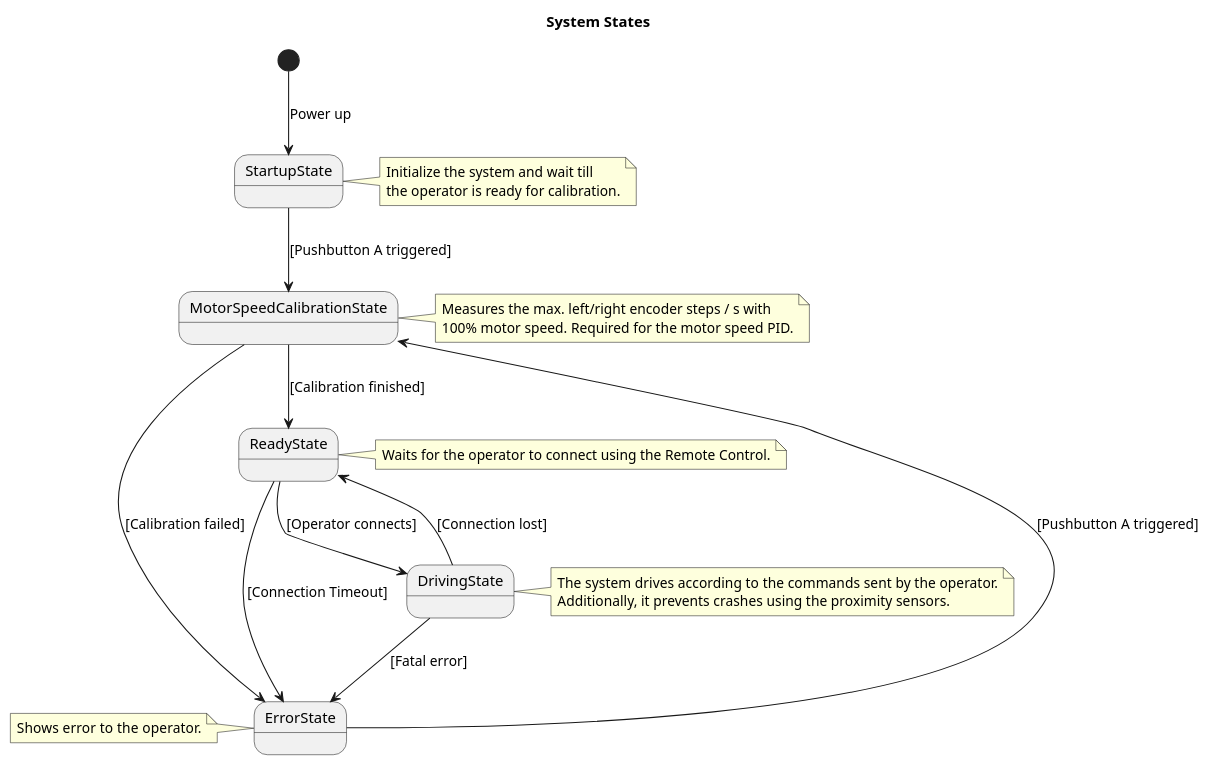
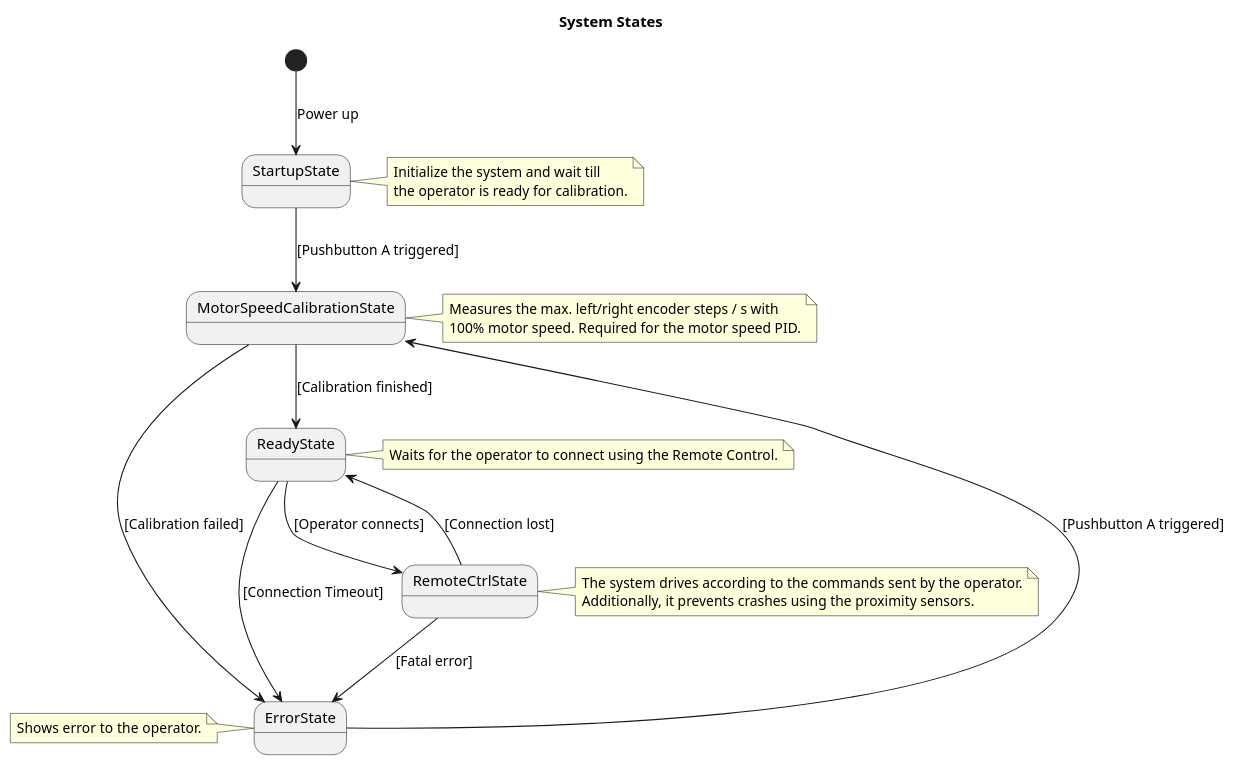
Before and after one commit to BlueAndi/RadonUlzer: the diagram in doc/architecture/uml/ProcessView/RemoteControl/SystemStates.plantuml, drawn with PlantUML. The commit also changed 5 other files, not shown here.

```diff
--- a/doc/architecture/uml/ProcessView/RemoteControl/SystemStates.plantuml
+++ b/doc/architecture/uml/ProcessView/RemoteControl/SystemStates.plantuml
@@ -1,44 +1,44 @@
 @startuml RemoteControl System States
 
 title System States
 
 state StartupState
 state MotorSpeedCalibrationState
 state ErrorState
-state DrivingState
+state RemoteCtrlState
 state ReadyState
 
 [*] --> StartupState: Power up
 StartupState --> MotorSpeedCalibrationState: [Pushbutton A triggered]
 MotorSpeedCalibrationState --> ReadyState: [Calibration finished]
 MotorSpeedCalibrationState --> ErrorState: [Calibration failed]
-ReadyState --> DrivingState: [Operator connects]
-DrivingState --> ReadyState: [Connection lost]
+ReadyState --> RemoteCtrlState: [Operator connects]
+RemoteCtrlState --> ReadyState: [Connection lost]
 ErrorState --> MotorSpeedCalibrationState: [Pushbutton A triggered]
 ReadyState --> ErrorState: [Connection Timeout]
-DrivingState --> ErrorState: [Fatal error]
+RemoteCtrlState --> ErrorState: [Fatal error]
 
 note right of StartupState
     Initialize the system and wait till
     the operator is ready for calibration.
 end note
 
 note right of MotorSpeedCalibrationState
     Measures the max. left/right encoder steps / s with
     100% motor speed. Required for the motor speed PID.
 end note
 
 note left of ErrorState
     Shows error to the operator.
 end note
 
 note right of ReadyState
     Waits for the operator to connect using the Remote Control.
 end note
 
-note right of DrivingState
+note right of RemoteCtrlState
     The system drives according to the commands sent by the operator.
     Additionally, it prevents crashes using the proximity sensors.
 end note
 
 @enduml
```
